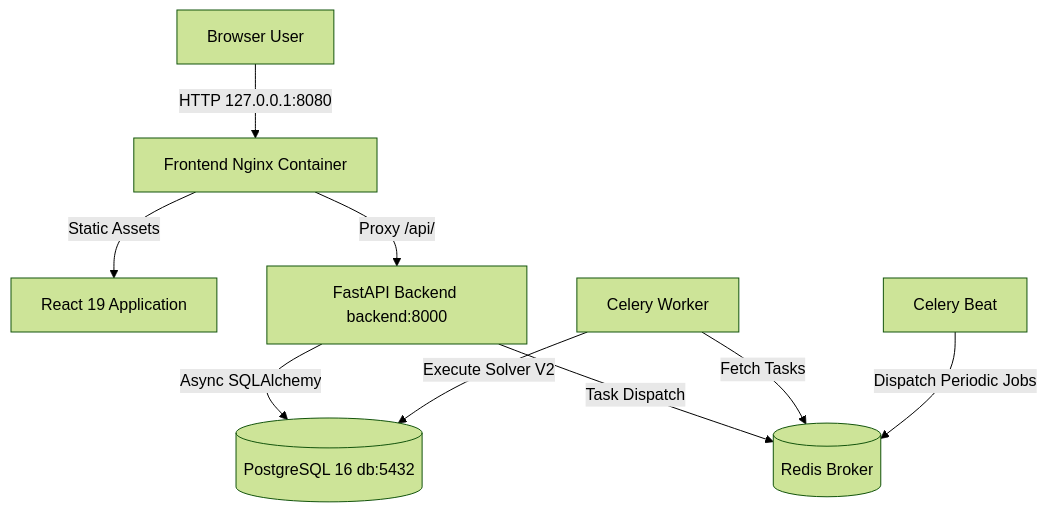
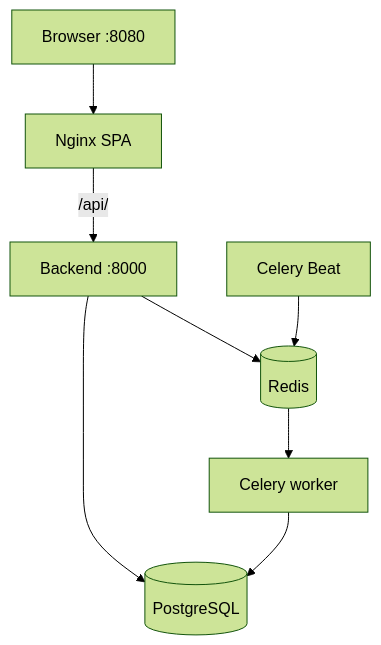
Before and after one commit to ORIOP25/Cronos: the diagram in documentation/09_ops_observability/LOCAL_RUNTIME.md, drawn with Mermaid (forest theme). The commit also changed other lines of this file and 41 other files, not shown here.

````diff
--- a/documentation/09_ops_observability/LOCAL_RUNTIME.md
+++ b/documentation/09_ops_observability/LOCAL_RUNTIME.md
@@ -46,11 +41,10 @@
 ```mermaid
 flowchart TD
-    Client[Browser User] -->|HTTP 127.0.0.1:8080| Nginx[Frontend Nginx Container]
-    Nginx -->|Static Assets| SPA[React 19 Application]
-    Nginx -->|Proxy /api/| BE[FastAPI Backend backend:8000]
-    BE -->|Async SQLAlchemy| DB[(PostgreSQL 16 db:5432)]
-    BE -->|Task Dispatch| Redis[(Redis Broker)]
-    Worker[Celery Worker] -->|Fetch Tasks| Redis
-    Worker -->|Execute Solver V2| DB
-    Beat[Celery Beat] -->|Dispatch Periodic Jobs| Redis
+    Browser[Browser :8080] --> Nginx[Nginx SPA]
+    Nginx -->|/api/| API[Backend :8000]
+    API --> DB[(PostgreSQL)]
+    API --> Redis[(Redis)]
+    Redis --> Worker[Celery worker]
+    Beat[Celery Beat] --> Redis
+    Worker --> DB
 ```
````
